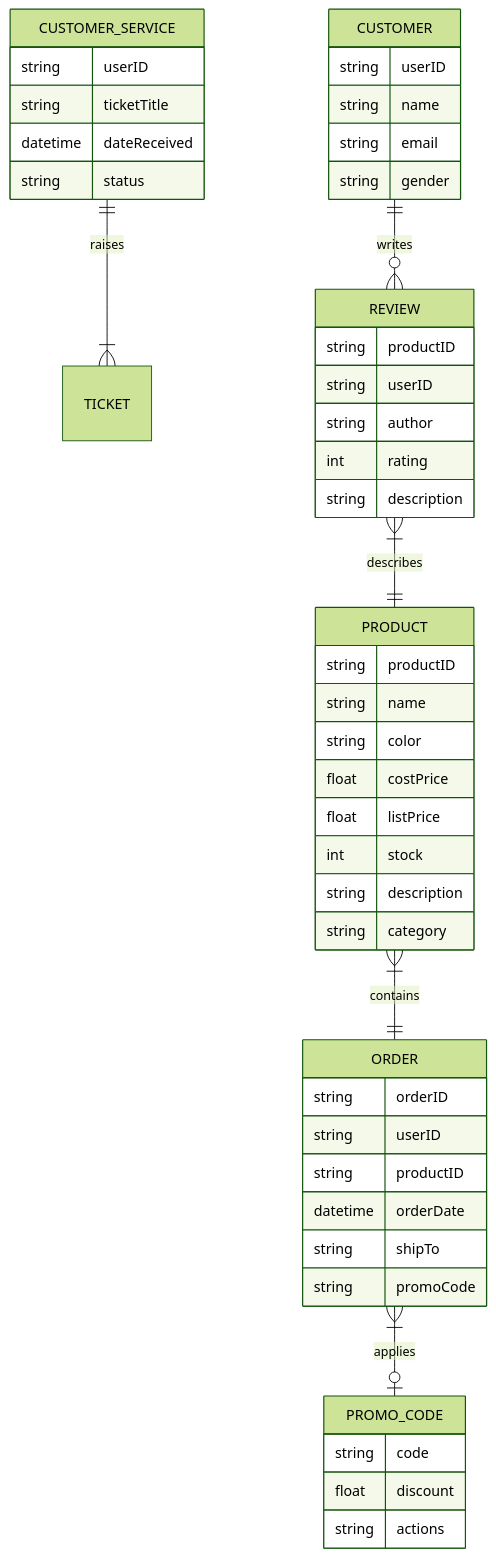
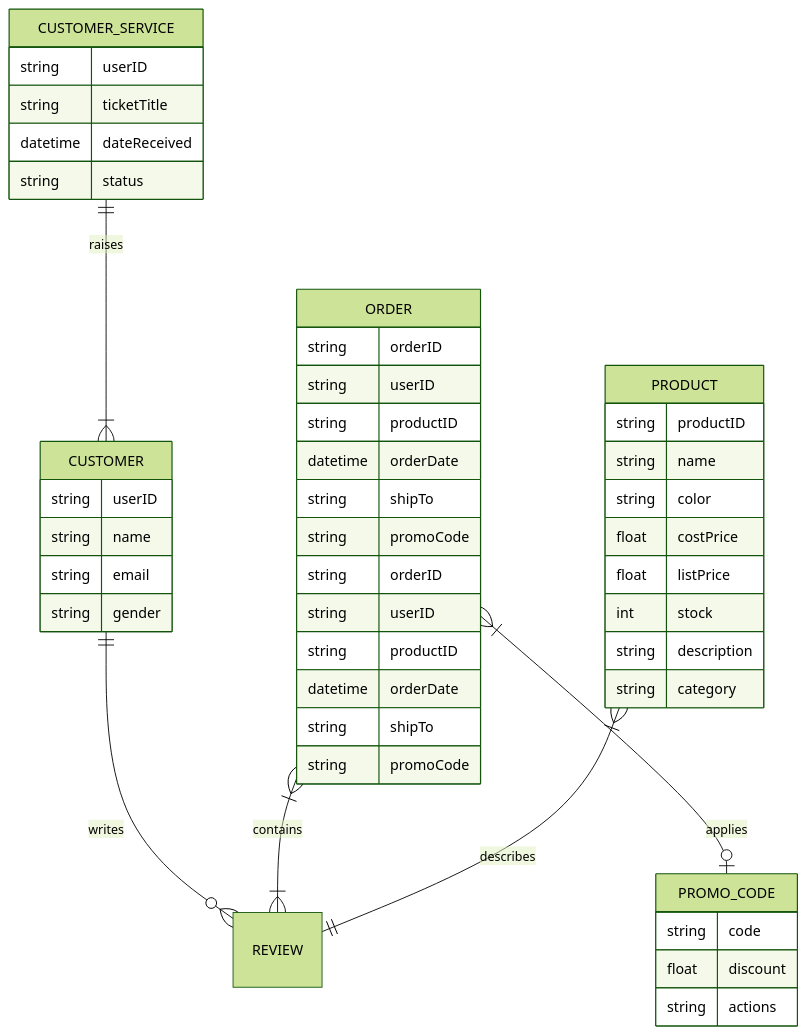
Before and after one commit to Confunius/EcoFashion-Hub: the first of 4 diagrams in README.md, drawn with Mermaid (forest theme).

````diff
--- a/README.md
+++ b/README.md
@@ -141,56 +141,58 @@
 ```mermaid
 erDiagram
-    CUSTOMER_SERVICE ||--|{ TICKET : raises
+    CUSTOMER_SERVICE ||--|{ CUSTOMER : raises
     CUSTOMER_SERVICE {
         string userID
         string ticketTitle
         datetime dateReceived
         string status
     }
 
     CUSTOMER ||--o{ REVIEW : writes
     CUSTOMER {
         string userID
         string name
         string email
         string gender
     }
 
-    REVIEW }|--|| PRODUCT : describes
-    REVIEW {
+    ORDER }|--|{ REVIEW : contains
+    ORDER {
+        string orderID
+        string userID
         string productID
-        string userID
-        string author
-        int rating
-        string description
+        datetime orderDate
+        string shipTo
+        string promoCode
     }
 
-    PRODUCT }|--|| ORDER : contains
+    PRODUCT }|--|| REVIEW : describes
     PRODUCT {
         string productID
         string name
         string color
         float costPrice
         float listPrice
         int stock
         string description
         string category
     }
 
     ORDER }|--o| PROMO_CODE : applies
     ORDER {
         string orderID
         string userID
         string productID
         datetime orderDate
         string shipTo
         string promoCode
     }
 
     PROMO_CODE {
         string code
         float discount
         string actions
     }
 
+
 ```
````
